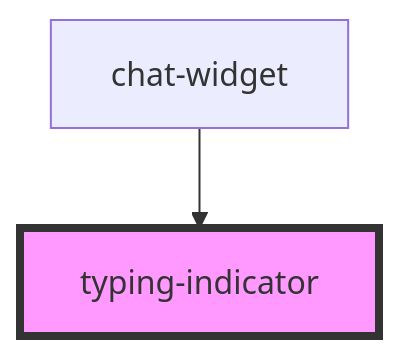
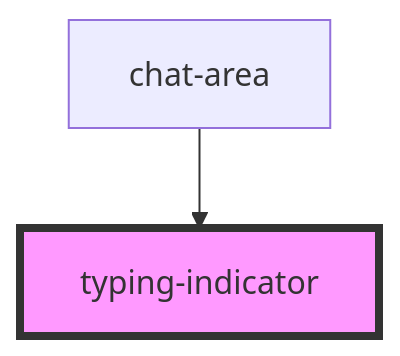
The diagram in src/components/typing-indicator/readme.md (joy-dey/juno), drawn with Mermaid before and after one commit. The commit also changed other lines of this file and 2 other files, not shown here.

Commit message:
docs(readme): update readme to reflect changes

````diff
--- a/src/components/typing-indicator/readme.md
+++ b/src/components/typing-indicator/readme.md
@@ -15,5 +15,5 @@
 ```mermaid
 graph TD;
-  chat-widget --> typing-indicator
+  chat-area --> typing-indicator
   style typing-indicator fill:#f9f,stroke:#333,stroke-width:4px
 ```
````
